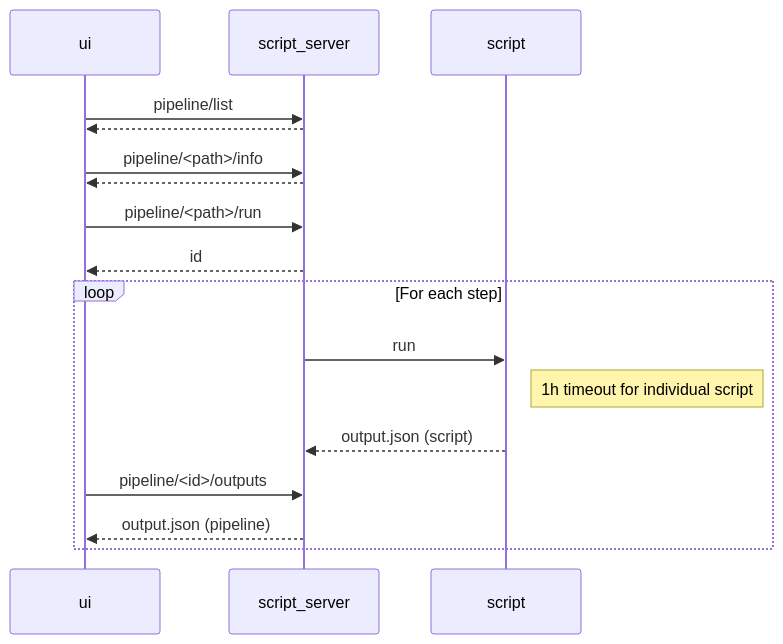
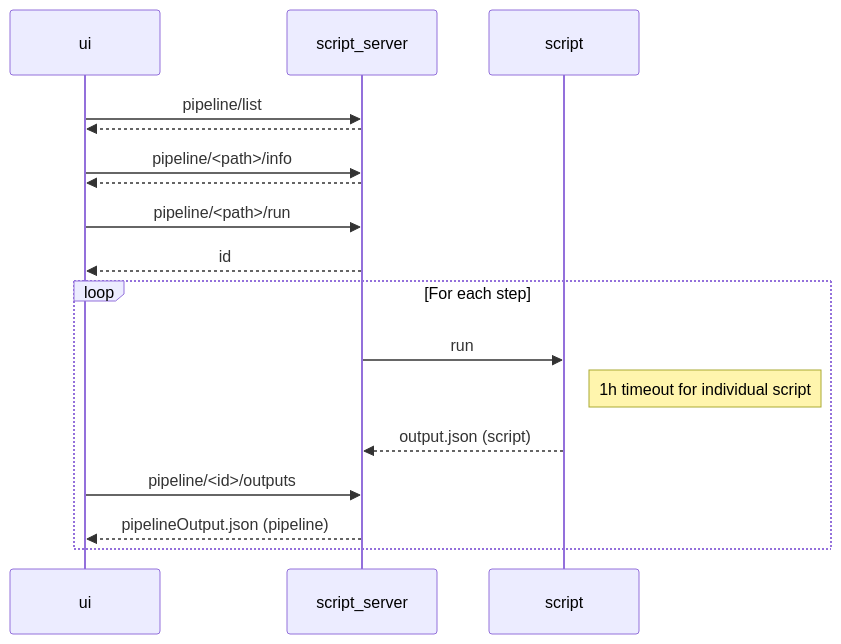
Before and after one commit to GEO-BON/bon-in-a-box-pipelines: the fourth of 4 diagrams in README-dev.md, drawn with Mermaid. The commit also changed other lines of this file and 1 other file, not shown here.

Commit message:
using pipelineOutput.json for the pipeline output.

````diff
--- a/README-dev.md
+++ b/README-dev.md
@@ -87,19 +87,19 @@
 ```mermaid
 sequenceDiagram
     ui->>script_server: pipeline/list
     script_server-->>ui: 
 
     ui->>script_server: pipeline/<path>/info
     script_server-->>ui: 
 
     ui->>script_server: pipeline/<path>/run
     script_server-->>ui: id
     loop For each step
         script_server->>script: run
         Note right of script: 1h timeout for individual script
         script-->>script_server: output.json (script)
         ui->>script_server: pipeline/<id>/outputs
-        script_server-->>ui: output.json (pipeline)
+        script_server-->>ui: pipelineOutput.json (pipeline)
     end
 
 ```
````
